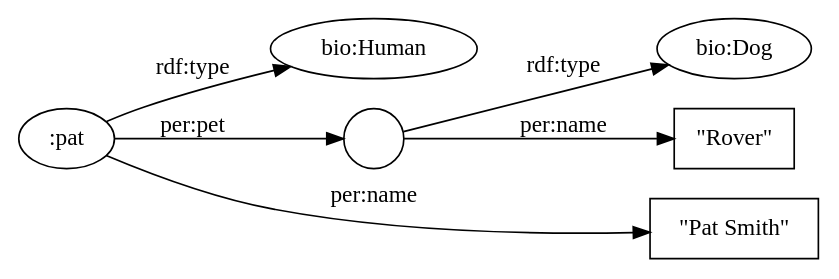
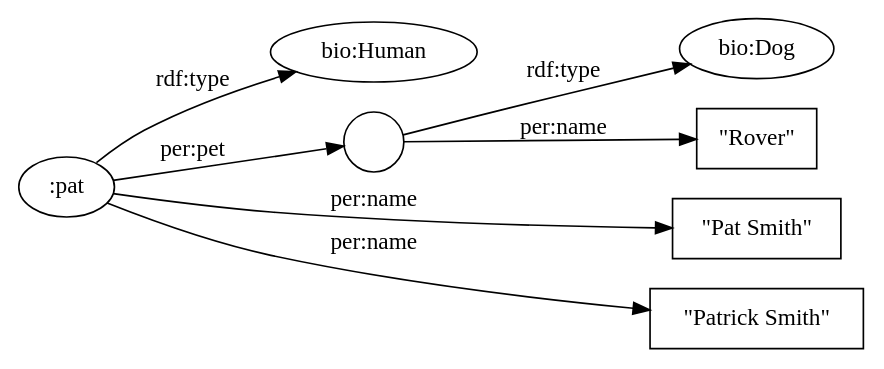
One commit to sbp/cwm changed the diagram in doc/formats-example1.dot. Above: the diagram before and after it, drawn with Graphviz. The commit also changed 2 other files, not shown here.

```diff
--- a/doc/formats-example1.dot
+++ b/doc/formats-example1.dot
@@ -1,15 +1,17 @@
 digraph anon {
   rankdir=LR;
   pat -> "bio:Human" [ label="rdf:type" ];
   rover -> "bio:Dog" [ label="rdf:type" ];
   pat -> "\"Pat Smith\"" [ label="per:name" ];
+  pat -> "\"Patrick Smith\"" [ label="per:name" ];
   rover -> "\"Rover\"" [ label="per:name" ];
   pat -> rover [ label="per:pet" ];
   rover [ label="" ];
   {  rank=same
      "\"Pat Smith\"" [ shape="box" ];
+     "\"Patrick Smith\"" [ shape="box" ];
      "\"Rover\""  [ shape="box" ];
   }
   rover [ shape="circle" ];
   pat [ label=":pat" ];
 }
```
